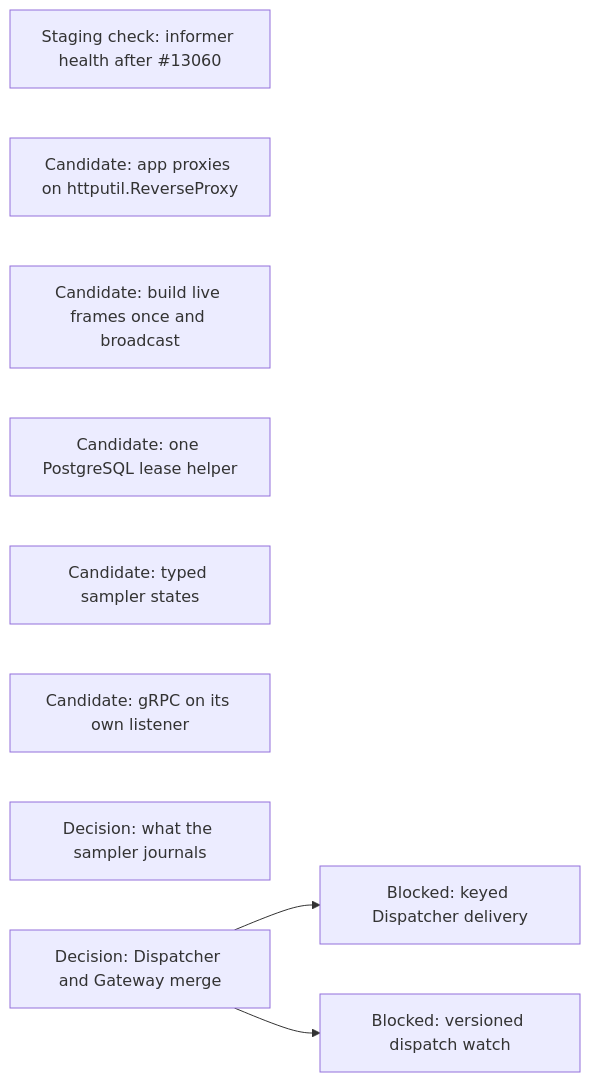
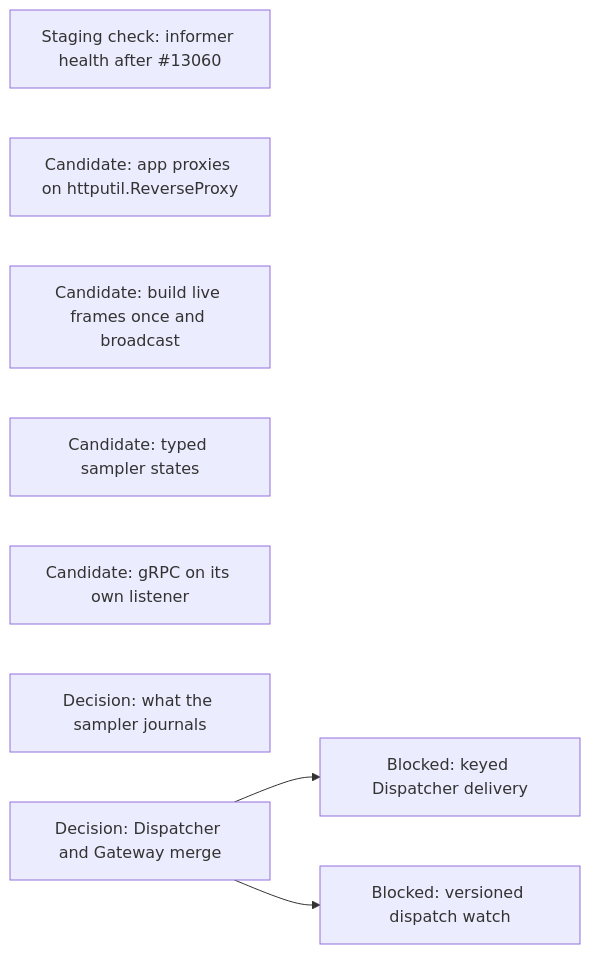
Diagram 18 of 18 in agentplane/plans/task_dag.md (agentydragon/ducktape), drawn with Mermaid before and after one commit. The commit also changed other lines of this file and 6 other files, not shown here.

First line of the commit message:
agentplane: GitHub refresh claims on the PostgreSQL lease helper

````diff
--- a/agentplane/plans/task_dag.md
+++ b/agentplane/plans/task_dag.md
@@ -1869,12 +1869,11 @@
 ```mermaid
 flowchart LR
     KUBERNETES_NATIVE_WATCH_HEALTH[Staging check: informer health after #13060]
     APP_PROXY_REVERSE_PROXY[Candidate: app proxies on httputil.ReverseProxy]
     APP_LIVE_FRAME_BROADCAST[Candidate: build live frames once and broadcast]
-    POSTGRES_LEASE_HELPER[Candidate: one PostgreSQL lease helper]
     SAMPLER_TYPED_STATE[Candidate: typed sampler states]
     GRPC_NATIVE_LISTENER[Candidate: gRPC on its own listener]
     SAMPLER_JOURNAL_DIET[Decision: what the sampler journals]
     DISPATCHER_PERSISTENCE_MODEL_DESIGN[Decision: Dispatcher and Gateway merge] --> DISPATCHER_KEYED_DELIVERY[Blocked: keyed Dispatcher delivery]
     DISPATCHER_PERSISTENCE_MODEL_DESIGN --> DISPATCHER_WATCH_VERSIONS[Blocked: versioned dispatch watch]
 ```
````
